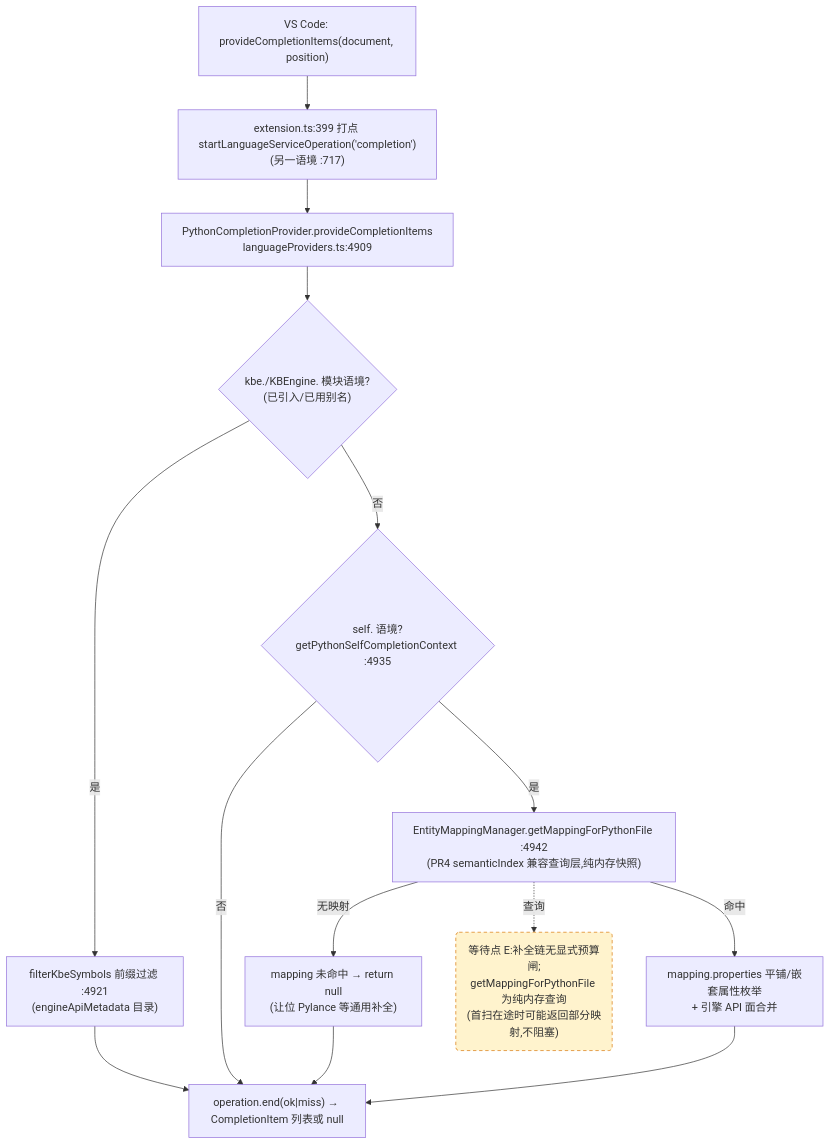
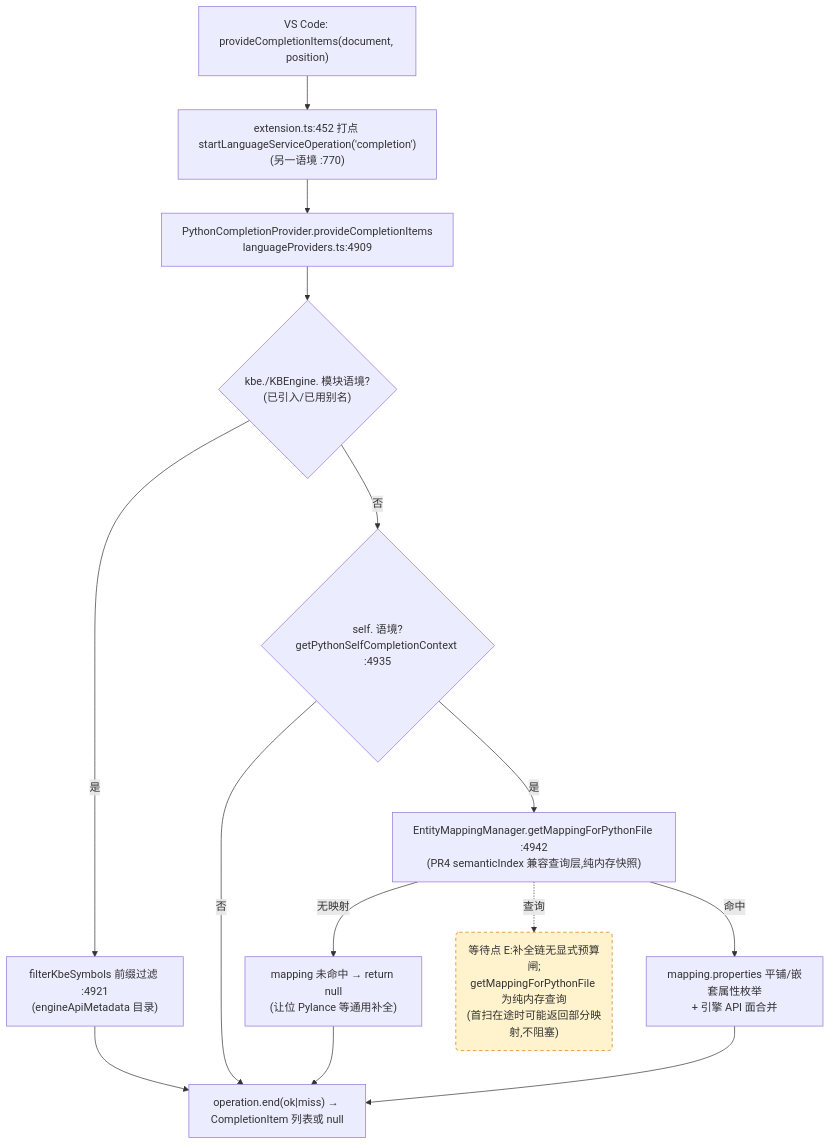
One commit to cuihairu/kode changed the third of 4 diagrams in docs/perf/2026-baseline.md. Above: the diagram before and after it, drawn with Mermaid. The commit also changed other lines of this file and 1 other file, not shown here.

````diff
--- a/docs/perf/2026-baseline.md
+++ b/docs/perf/2026-baseline.md
@@ -182,27 +182,27 @@
 ```mermaid
 flowchart TD
   VC3["VS Code: provideCompletionItems(document, position)"]
-  M3["extension.ts:399 打点 startLanguageServiceOperation('completion')<br/>(另一语境 :717)"]
+  M3["extension.ts:452 打点 startLanguageServiceOperation('completion')<br/>(另一语境 :770)"]
   CP["PythonCompletionProvider.provideCompletionItems<br/>languageProviders.ts:4909"]
   KBEC{"kbe./KBEngine. 模块语境?<br/>(已引入/已用别名)"}
   FILTER["filterKbeSymbols 前缀过滤 :4921<br/>(engineApiMetadata 目录)"]
   SELFC{"self. 语境?<br/>getPythonSelfCompletionContext :4935"}
   MAP["EntityMappingManager.getMappingForPythonFile :4942<br/>(PR4 semanticIndex 兼容查询层,纯内存快照)"]
   NOMAP["mapping 未命中 → return null<br/>(让位 Pylance 等通用补全)"]
   PROPS["mapping.properties 平铺/嵌套属性枚举<br/>+ 引擎 API 面合并"]
   END3["operation.end(ok|miss) → CompletionItem 列表或 null"]
 
   VC3 --> M3 --> CP --> KBEC
   KBEC -- "是" --> FILTER --> END3
   KBEC -- "否" --> SELFC
   SELFC -- "否" --> END3
   SELFC -- "是" --> MAP
   MAP -- "无映射" --> NOMAP --> END3
   MAP -- "命中" --> PROPS --> END3
 
   WAITE("等待点 E:补全链无显式预算闸;<br/>getMappingForPythonFile 为纯内存查询<br/>(首扫在途时可能返回部分映射,不阻塞)")
   MAP -.->|查询| WAITE
 
   classDef waitPoint fill:#fff3cd,stroke:#d97706,stroke-dasharray:5 4;
   class WAITE waitPoint;
 ```
````
